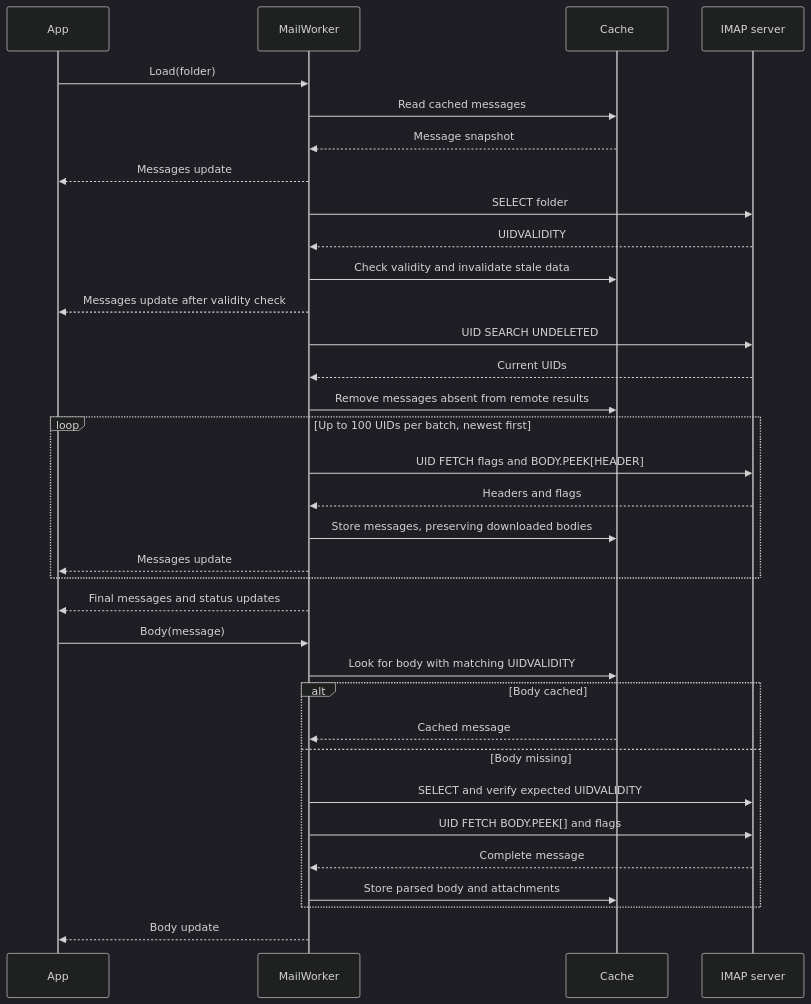
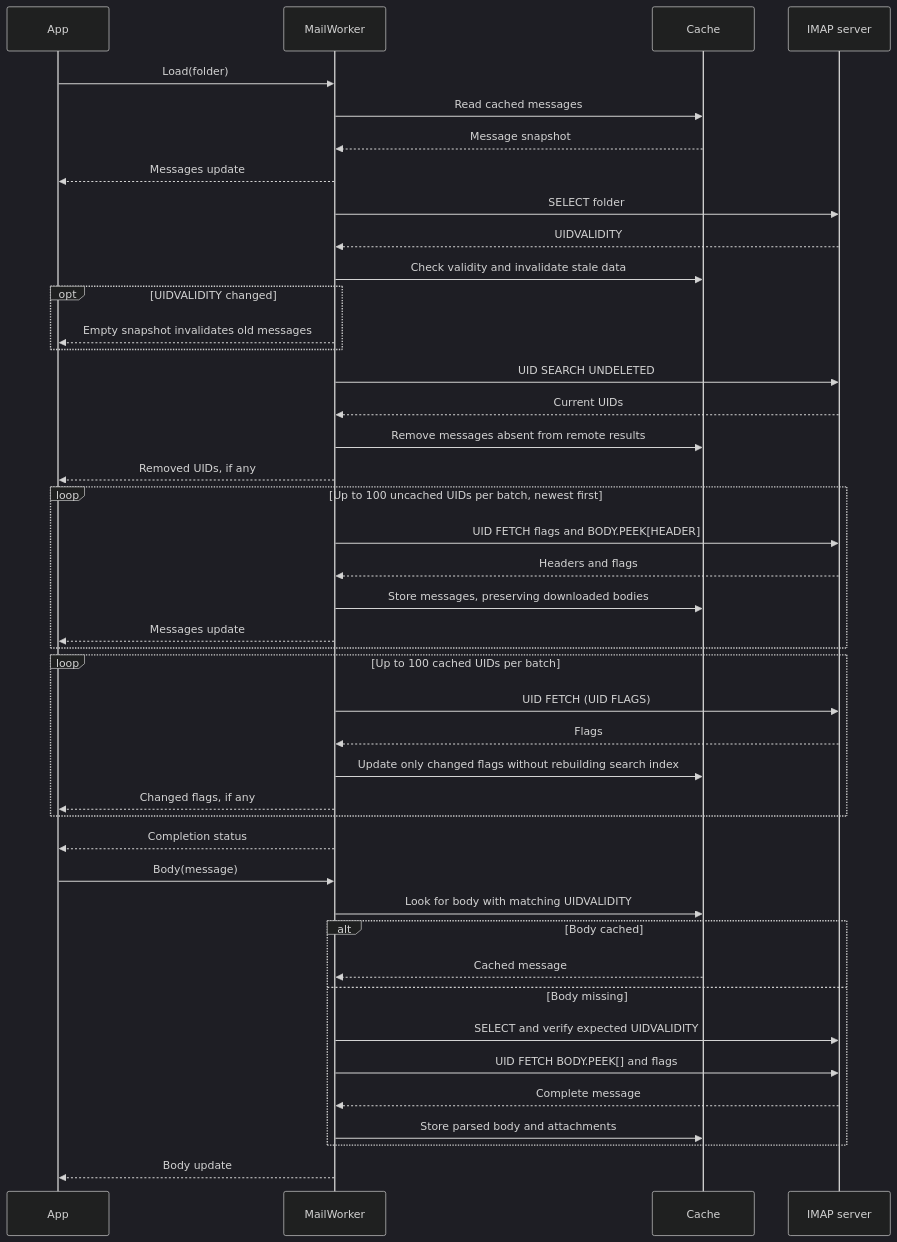
Before and after one commit to RubikNube/TerminalEmail: the second of 3 diagrams in docs/development.md, drawn with Mermaid (dark theme). The commit also changed other lines of this file and 6 other files, not shown here.

````diff
--- a/docs/development.md
+++ b/docs/development.md
@@ -114,36 +116,45 @@
 ```mermaid
 sequenceDiagram
     participant A as App
     participant W as MailWorker
     participant C as Cache
     participant I as IMAP server
     A->>W: Load(folder)
     W->>C: Read cached messages
     C-->>W: Message snapshot
     W-->>A: Messages update
     W->>I: SELECT folder
     I-->>W: UIDVALIDITY
     W->>C: Check validity and invalidate stale data
-    W-->>A: Messages update after validity check
+    opt UIDVALIDITY changed
+        W-->>A: Empty snapshot invalidates old messages
+    end
     W->>I: UID SEARCH UNDELETED
     I-->>W: Current UIDs
     W->>C: Remove messages absent from remote results
-    loop Up to 100 UIDs per batch, newest first
+    W-->>A: Removed UIDs, if any
+    loop Up to 100 uncached UIDs per batch, newest first
         W->>I: UID FETCH flags and BODY.PEEK[HEADER]
         I-->>W: Headers and flags
         W->>C: Store messages, preserving downloaded bodies
         W-->>A: Messages update
     end
-    W-->>A: Final messages and status updates
+    loop Up to 100 cached UIDs per batch
+        W->>I: UID FETCH (UID FLAGS)
+        I-->>W: Flags
+        W->>C: Update only changed flags without rebuilding search index
+        W-->>A: Changed flags, if any
+    end
+    W-->>A: Completion status
     A->>W: Body(message)
     W->>C: Look for body with matching UIDVALIDITY
     alt Body cached
         C-->>W: Cached message
     else Body missing
         W->>I: SELECT and verify expected UIDVALIDITY
         W->>I: UID FETCH BODY.PEEK[] and flags
         I-->>W: Complete message
         W->>C: Store parsed body and attachments
     end
     W-->>A: Body update
 ```
````
